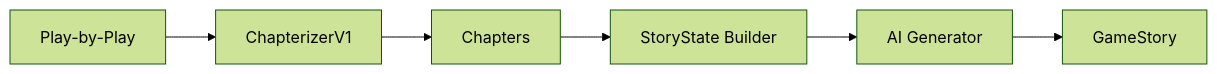
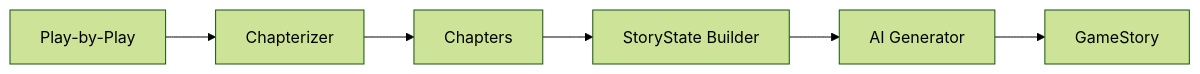
One commit to dock108dev/sports-data-admin-util changed the second of 2 diagrams in docs/ARCHITECTURE.md. Above: the diagram before and after it, drawn with Mermaid (forest theme). The commit also changed other lines of this file and 16 other files, not shown here.

````diff
--- a/docs/ARCHITECTURE.md
+++ b/docs/ARCHITECTURE.md
@@ -75,8 +75,8 @@
 ```mermaid
 graph LR
-    A[Play-by-Play] --> B[ChapterizerV1]
+    A[Play-by-Play] --> B[Chapterizer]
     B --> C[Chapters]
     C --> D[StoryState Builder]
     D --> E[AI Generator]
     E --> F[GameStory]
 ```
````
